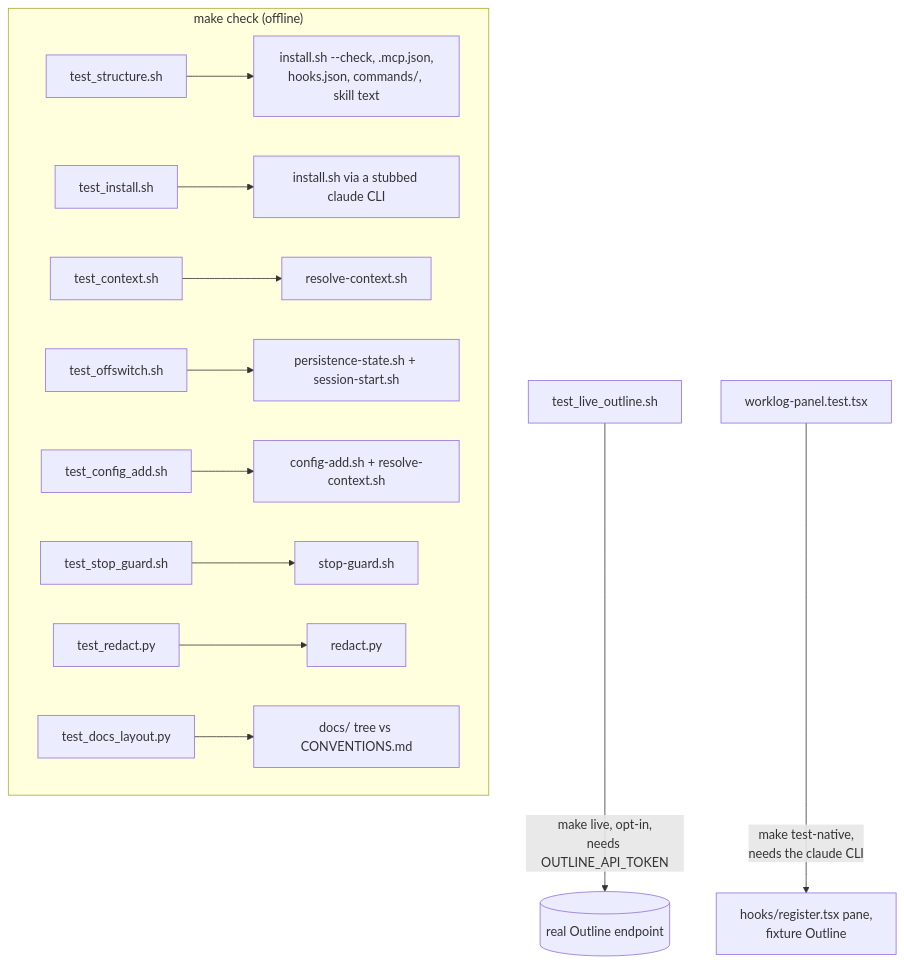
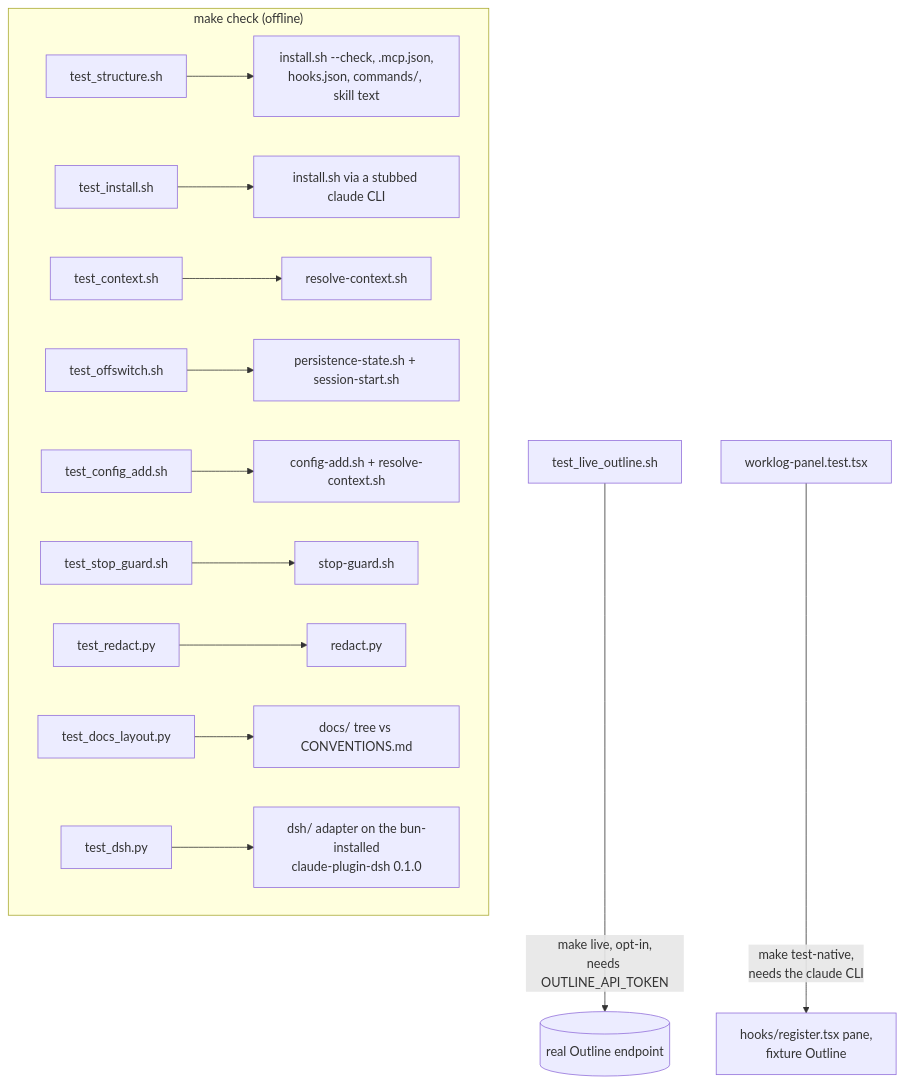
One commit to kolezka/worklog-persist changed the diagram in docs/verification/README.md. Above: the diagram before and after it, drawn with Mermaid. The commit also changed other lines of this file and 23 other files, not shown here.

````diff
--- a/docs/verification/README.md
+++ b/docs/verification/README.md
@@ -49,15 +58,16 @@
 ```mermaid
 flowchart TD
     subgraph offline["make check (offline)"]
         A[test_structure.sh] --> RA["install.sh --check, .mcp.json,\nhooks.json, commands/, skill text"]
         B[test_install.sh] --> RB["install.sh via a stubbed claude CLI"]
         C[test_context.sh] --> RC["resolve-context.sh"]
         D[test_offswitch.sh] --> RD["persistence-state.sh + session-start.sh"]
         G[test_config_add.sh] --> RG["config-add.sh + resolve-context.sh"]
         H[test_stop_guard.sh] --> RH["stop-guard.sh"]
         E[test_redact.py] --> RE["redact.py"]
         F[test_docs_layout.py] --> RF["docs/ tree vs CONVENTIONS.md"]
+        J[test_dsh.py] --> RJ["dsh/ adapter on the bun-installed\nclaude-plugin-dsh 0.1.0"]
     end
     L[test_live_outline.sh] -->|"make live, opt-in,\nneeds OUTLINE_API_TOKEN"| O[("real Outline endpoint")]
     N[worklog-panel.test.tsx] -->|"make test-native,\nneeds the claude CLI"| RN["hooks/register.tsx pane,\nfixture Outline"]
 ```
````
